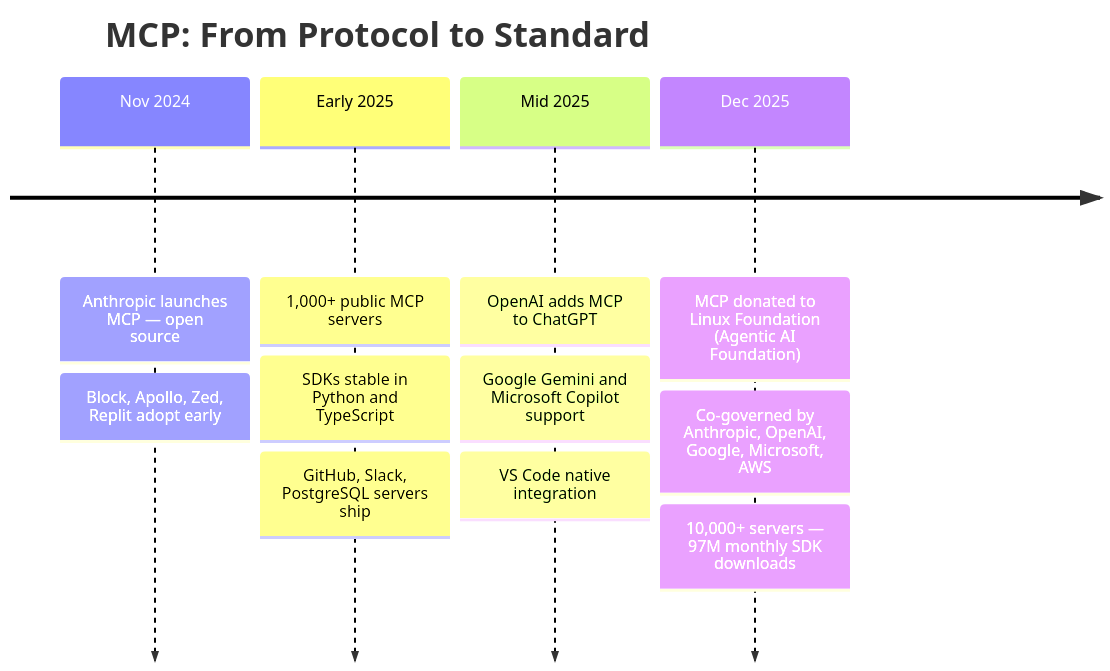
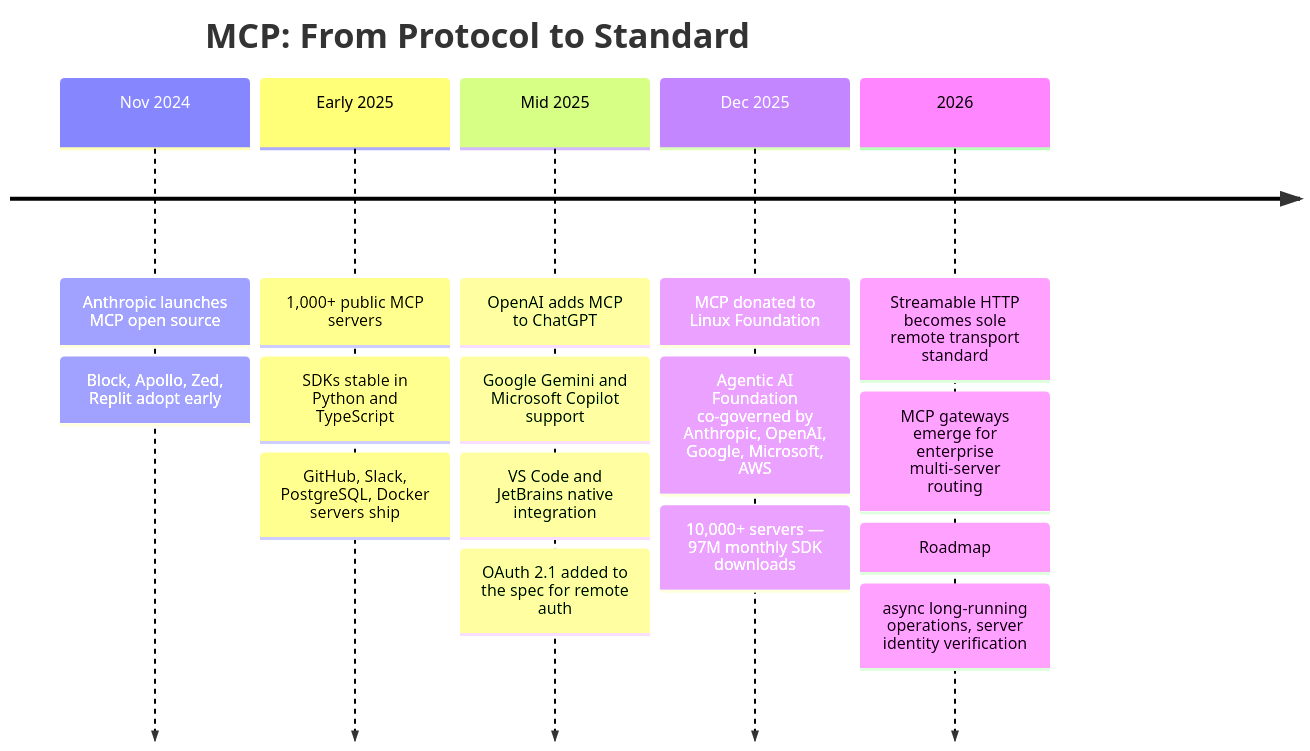
Before and after one commit to JuanLara18/portfolio: the second of 2 diagrams in front/public/blog/posts/field-notes/model-context-protocol.md, drawn with Mermaid. The commit also changed other lines of this file and 1 other file, not shown here.

````diff
--- a/front/public/blog/posts/field-notes/model-context-protocol.md
+++ b/front/public/blog/posts/field-notes/model-context-protocol.md
@@ -208,15 +465,19 @@
 ```mermaid
 timeline
     title MCP: From Protocol to Standard
-    Nov 2024 : Anthropic launches MCP — open source
+    Nov 2024 : Anthropic launches MCP open source
              : Block, Apollo, Zed, Replit adopt early
     Early 2025 : 1,000+ public MCP servers
                : SDKs stable in Python and TypeScript
-               : GitHub, Slack, PostgreSQL servers ship
+               : GitHub, Slack, PostgreSQL, Docker servers ship
     Mid 2025 : OpenAI adds MCP to ChatGPT
              : Google Gemini and Microsoft Copilot support
-             : VS Code native integration
-    Dec 2025 : MCP donated to Linux Foundation (Agentic AI Foundation)
-             : Co-governed by Anthropic, OpenAI, Google, Microsoft, AWS
+             : VS Code and JetBrains native integration
+             : OAuth 2.1 added to the spec for remote auth
+    Dec 2025 : MCP donated to Linux Foundation
+             : Agentic AI Foundation co-governed by Anthropic, OpenAI, Google, Microsoft, AWS
              : 10,000+ servers — 97M monthly SDK downloads
+    2026 : Streamable HTTP becomes sole remote transport standard
+         : MCP gateways emerge for enterprise multi-server routing
+         : Roadmap: async long-running operations, server identity verification
 ```
````
